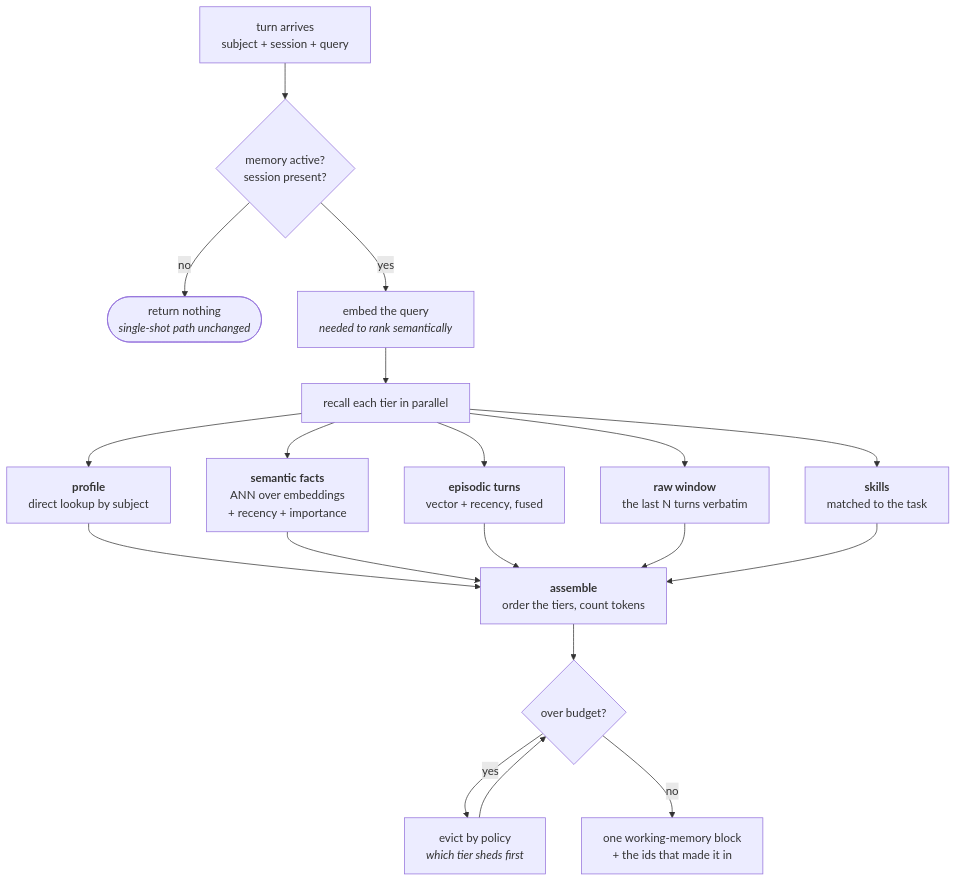
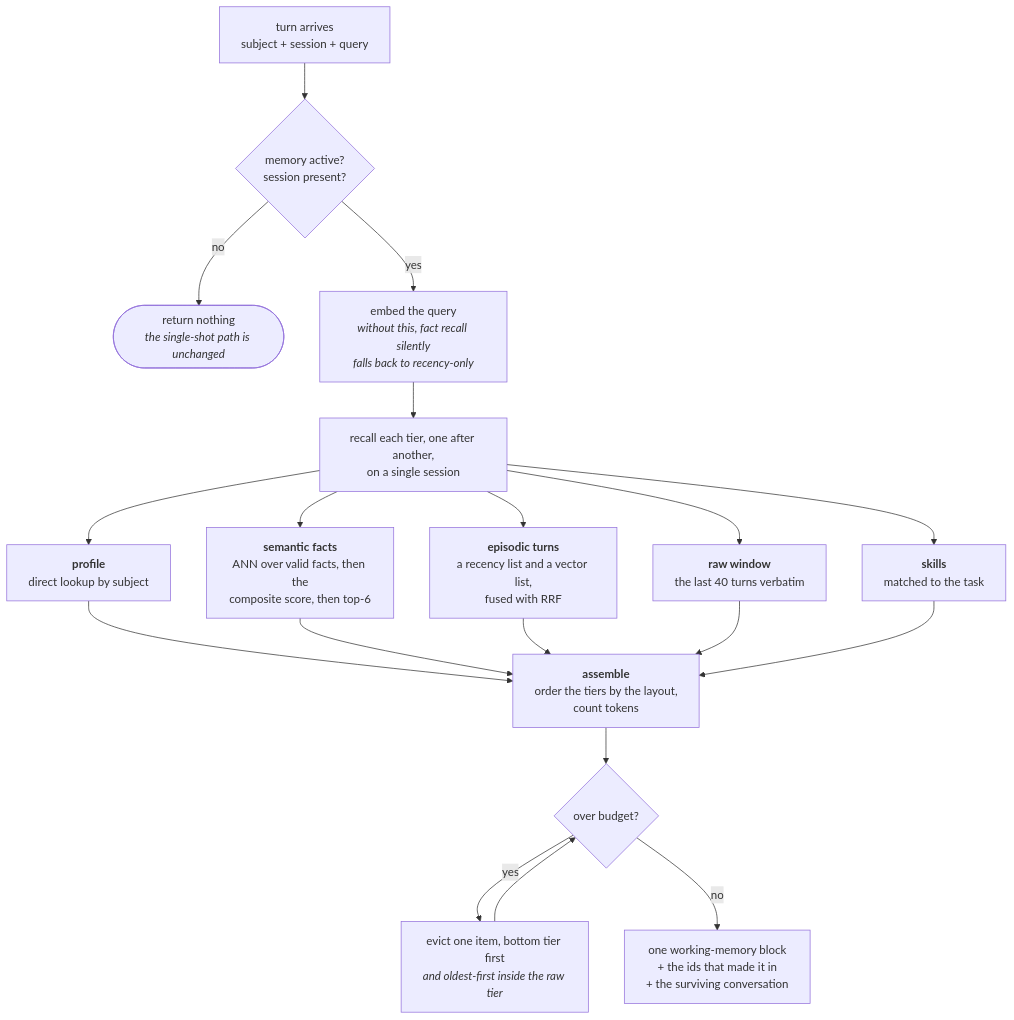
Before and after one commit to yrevash/aegis: the second of 5 diagrams in docs/teaching/memory/40-diagrams.md, drawn with Mermaid. The commit also changed other lines of this file and 111 other files, not shown here.

````diff
--- a/docs/teaching/memory/40-diagrams.md
+++ b/docs/teaching/memory/40-diagrams.md
@@ -41,25 +50,25 @@
 ```mermaid
 flowchart TB
     Q["turn arrives<br/>subject + session + query"] --> ACT{"memory active?<br/>session present?"}
-    ACT -->|no| NOOP([return nothing<br/><i>single-shot path unchanged</i>])
-    ACT -->|yes| EMB["embed the query<br/><i>needed to rank semantically</i>"]
+    ACT -->|no| NOOP(["return nothing<br/><i>the single-shot path is unchanged</i>"])
+    ACT -->|yes| EMB["embed the query<br/><i>without this, fact recall silently<br/>falls back to recency-only</i>"]
 
-    EMB --> PAR["recall each tier in parallel"]
+    EMB --> PAR["recall each tier, one after another,<br/>on a single session"]
 
     PAR --> P1["<b>profile</b><br/>direct lookup by subject"]
-    PAR --> P2["<b>semantic facts</b><br/>ANN over embeddings<br/>+ recency + importance"]
-    PAR --> P3["<b>episodic turns</b><br/>vector + recency, fused"]
-    PAR --> P4["<b>raw window</b><br/>the last N turns verbatim"]
+    PAR --> P2["<b>semantic facts</b><br/>ANN over valid facts, then the<br/>composite score, then top-6"]
+    PAR --> P3["<b>episodic turns</b><br/>a recency list and a vector list,<br/>fused with RRF"]
+    PAR --> P4["<b>raw window</b><br/>the last 40 turns verbatim"]
     PAR --> P5["<b>skills</b><br/>matched to the task"]
 
     P1 --> ASM
     P2 --> ASM
     P3 --> ASM
     P4 --> ASM
     P5 --> ASM
 
-    ASM["<b>assemble</b><br/>order the tiers, count tokens"] --> BUD{"over budget?"}
-    BUD -->|yes| EV["evict by policy<br/><i>which tier sheds first</i>"]
+    ASM["<b>assemble</b><br/>order the tiers by the layout,<br/>count tokens"] --> BUD{"over budget?"}
+    BUD -->|yes| EV["evict one item, bottom tier first<br/><i>and oldest-first inside the raw tier</i>"]
     EV --> BUD
-    BUD -->|no| OUT["one working-memory block<br/>+ the ids that made it in"]
+    BUD -->|no| OUT["one working-memory block<br/>+ the ids that made it in<br/>+ the surviving conversation"]
 ```
````
